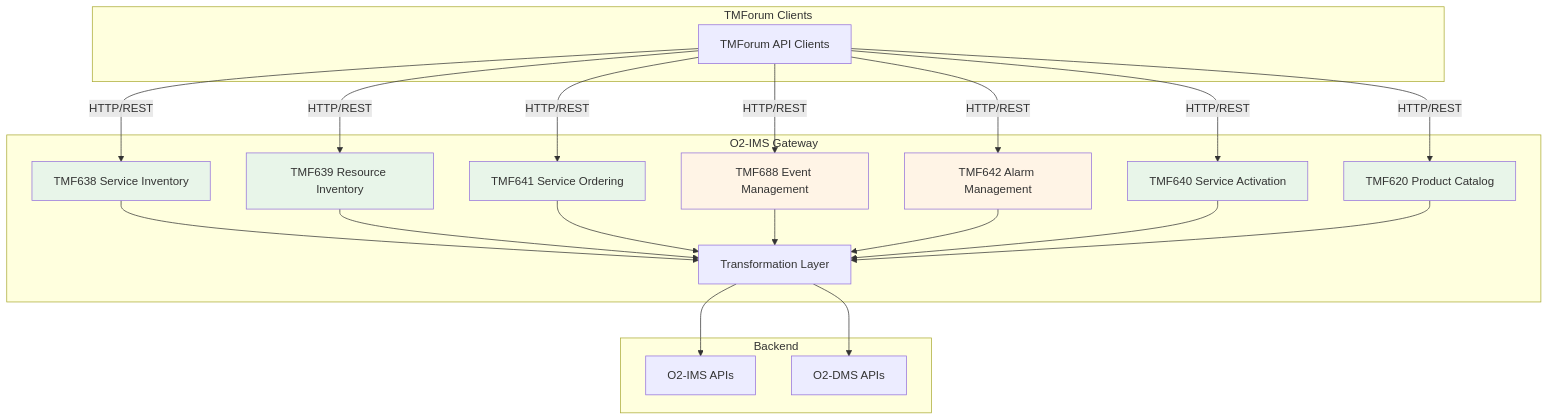
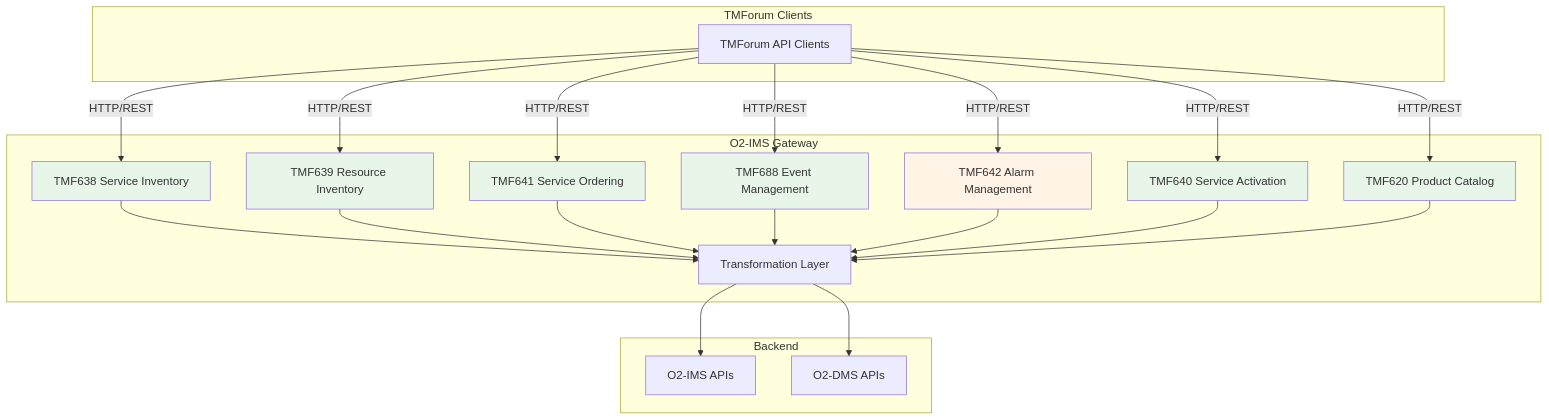
Before and after one commit to piwi3910/netweave: the diagram in docs/tmforum-implementation-status.md, drawn with Mermaid. The commit also changed other lines of this file, not shown here.

First line of the commit message:
[Docs] Update TMF688 implementation status to fully implemented

````diff
--- a/docs/tmforum-implementation-status.md
+++ b/docs/tmforum-implementation-status.md
@@ -11,50 +11,50 @@
 ```mermaid
 graph TB
     subgraph "TMForum Clients"
         TMF[TMForum API Clients]
     end
 
     subgraph "O2-IMS Gateway"
         TMF638[TMF638 Service Inventory]
         TMF639[TMF639 Resource Inventory]
         TMF641[TMF641 Service Ordering]
         TMF688[TMF688 Event Management]
         TMF642[TMF642 Alarm Management]
         TMF640[TMF640 Service Activation]
         TMF620[TMF620 Product Catalog]
 
         Transform[Transformation Layer]
     end
 
     subgraph "Backend"
         O2IMS[O2-IMS APIs]
         O2DMS[O2-DMS APIs]
     end
 
     TMF -->|HTTP/REST| TMF638
     TMF -->|HTTP/REST| TMF639
     TMF -->|HTTP/REST| TMF641
     TMF -->|HTTP/REST| TMF688
     TMF -->|HTTP/REST| TMF642
     TMF -->|HTTP/REST| TMF640
     TMF -->|HTTP/REST| TMF620
 
     TMF638 --> Transform
     TMF639 --> Transform
     TMF641 --> Transform
     TMF688 --> Transform
     TMF642 --> Transform
     TMF640 --> Transform
     TMF620 --> Transform
 
     Transform --> O2IMS
     Transform --> O2DMS
 
     style TMF638 fill:#e8f5e9
     style TMF639 fill:#e8f5e9
     style TMF641 fill:#e8f5e9
-    style TMF688 fill:#fff4e6
+    style TMF688 fill:#e8f5e9
     style TMF642 fill:#fff4e6
     style TMF640 fill:#e8f5e9
     style TMF620 fill:#e8f5e9
 ```
````
